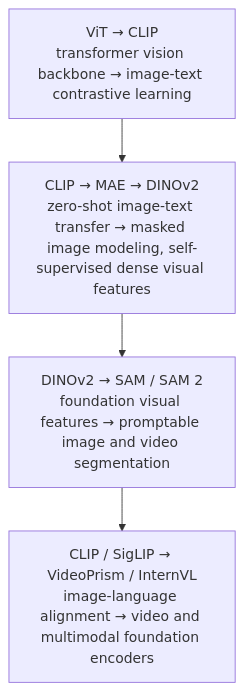
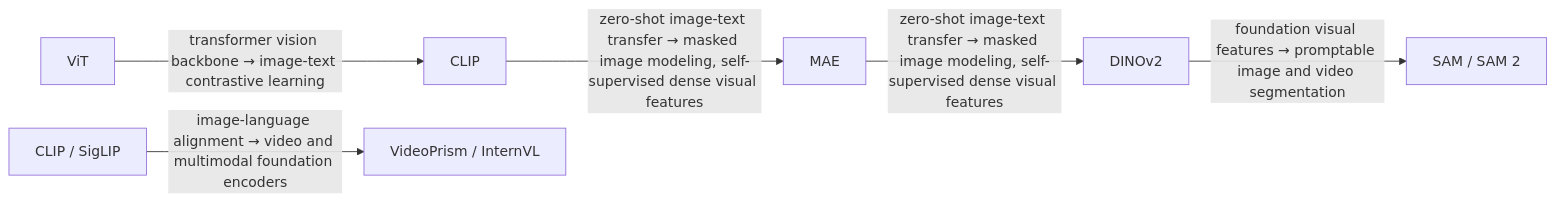
Before and after one commit to SechanOh/awesome-multimodal-perception: diagram 12 of 15 in README.md, drawn with Mermaid. The commit also changed other lines of this file, not shown here.

Commit message:
Refine field evolution diagrams

````diff
--- a/README.md
+++ b/README.md
@@ -510,8 +578,15 @@
 ```mermaid
-flowchart TD
-    step1["ViT → CLIP<br/>transformer vision backbone → image-text contrastive learning"]
-    step2["CLIP → MAE → DINOv2<br/>zero-shot image-text transfer → masked image modeling, self-supervised dense visual features"]
-    step3["DINOv2 → SAM / SAM 2<br/>foundation visual features → promptable image and video segmentation"]
-    step4["CLIP / SigLIP → VideoPrism / InternVL<br/>image-language alignment → video and multimodal foundation encoders"]
-    step1 --> step2 --> step3 --> step4
+flowchart LR
+    s11n1["ViT"]
+    s11n2["CLIP"]
+    s11n3["MAE"]
+    s11n4["DINOv2"]
+    s11n5["SAM / SAM 2"]
+    s11n6["CLIP / SigLIP"]
+    s11n7["VideoPrism / InternVL"]
+    s11n1 -->|"transformer vision backbone → image-text contrastive learning"| s11n2
+    s11n2 -->|"zero-shot image-text transfer → masked image modeling, self-supervised dense visual features"| s11n3
+    s11n3 -->|"zero-shot image-text transfer → masked image modeling, self-supervised dense visual features"| s11n4
+    s11n4 -->|"foundation visual features → promptable image and video segmentation"| s11n5
+    s11n6 -->|"image-language alignment → video and multimodal foundation encoders"| s11n7
 ```
````
